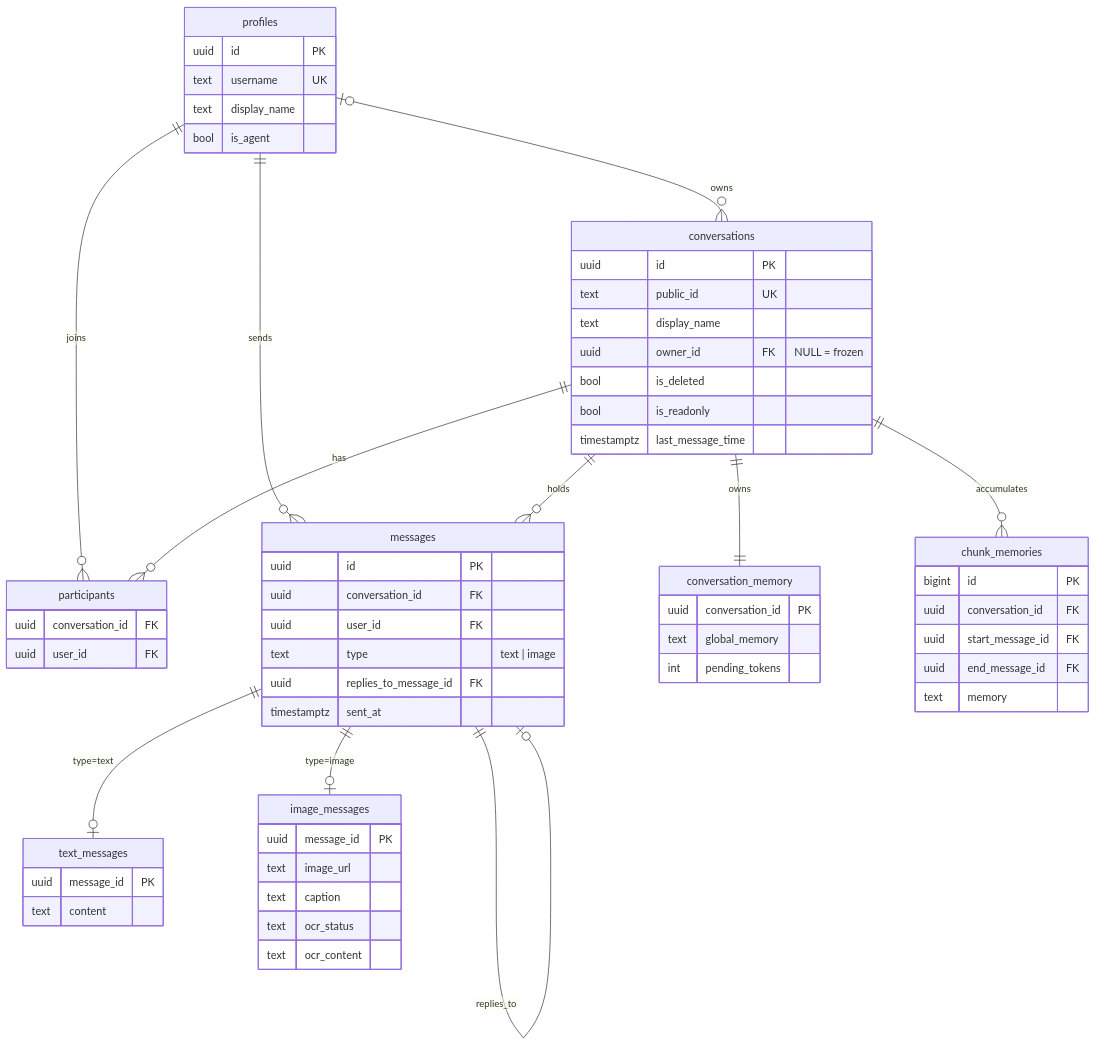
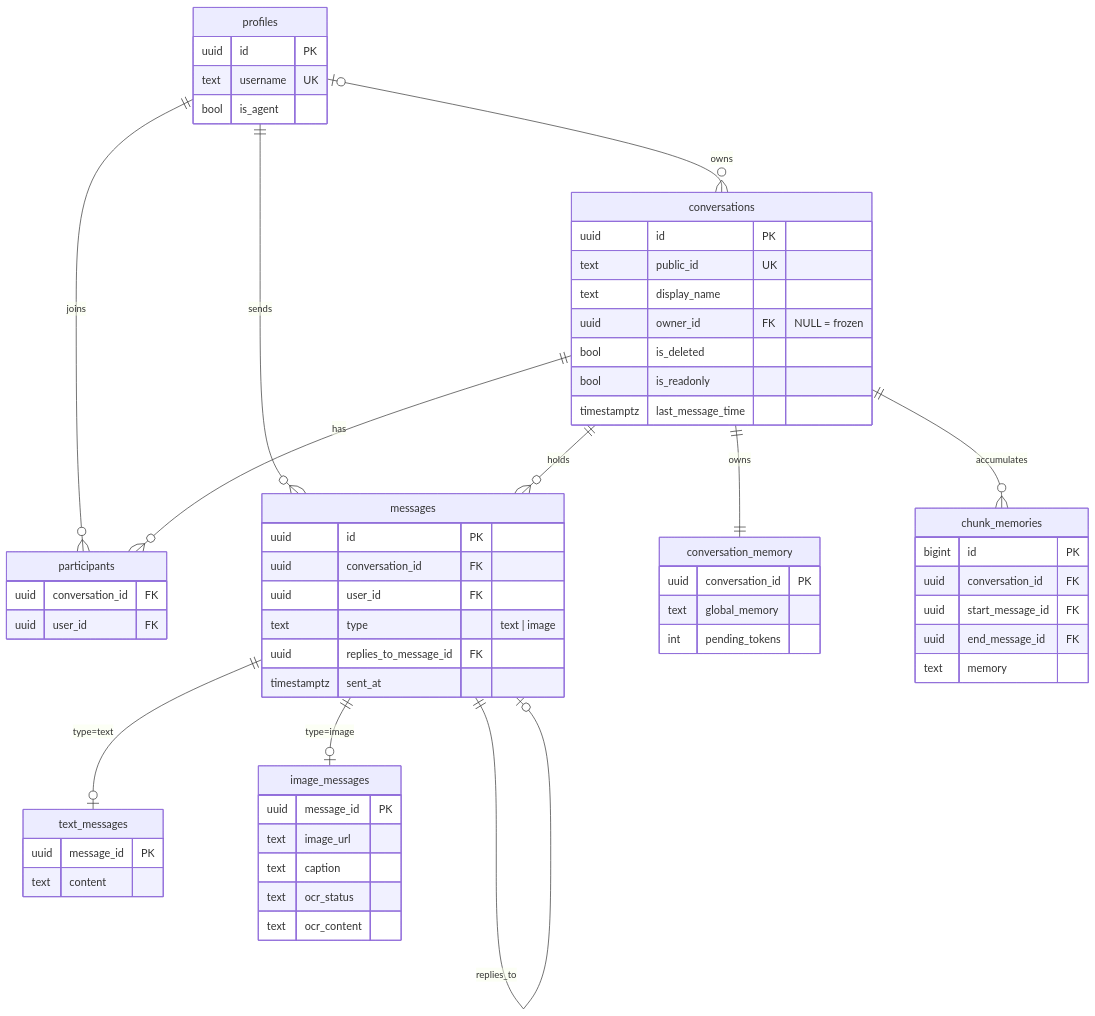
Before and after one commit to phanxuanquang/jetomax-assignment: the diagram in docs/database-design.md, drawn with Mermaid. The commit also changed other lines of this file and 3 other files, not shown here.

First line of the commit message:
docs: document validation/integrity ownership and drop display_name

````diff
--- a/docs/database-design.md
+++ b/docs/database-design.md
@@ -13,64 +13,63 @@
 ```mermaid
 erDiagram
     profiles ||--o{ participants : joins
     profiles ||--o{ messages : sends
     profiles |o--o{ conversations : owns
     conversations ||--o{ participants : has
     conversations ||--o{ messages : holds
     conversations ||--|| conversation_memory : owns
     conversations ||--o{ chunk_memories : accumulates
     messages ||--o| text_messages : "type=text"
     messages ||--o| image_messages : "type=image"
     messages ||--o| messages : replies_to
 
     profiles {
         uuid id PK
         text username UK
-        text display_name
         bool is_agent
     }
     conversations {
         uuid id PK
         text public_id UK
         text display_name
         uuid owner_id FK "NULL = frozen"
         bool is_deleted
         bool is_readonly
         timestamptz last_message_time
     }
     participants {
         uuid conversation_id FK
         uuid user_id FK
     }
     messages {
         uuid id PK
         uuid conversation_id FK
         uuid user_id FK
         text type "text | image"
         uuid replies_to_message_id FK
         timestamptz sent_at
     }
     text_messages {
         uuid message_id PK
         text content
     }
     image_messages {
         uuid message_id PK
         text image_url
         text caption
         text ocr_status
         text ocr_content
     }
     conversation_memory {
         uuid conversation_id PK
         text global_memory
         int pending_tokens
     }
     chunk_memories {
         bigint id PK
         uuid conversation_id FK
         uuid start_message_id FK
         uuid end_message_id FK
         text memory
     }
 ```
````
